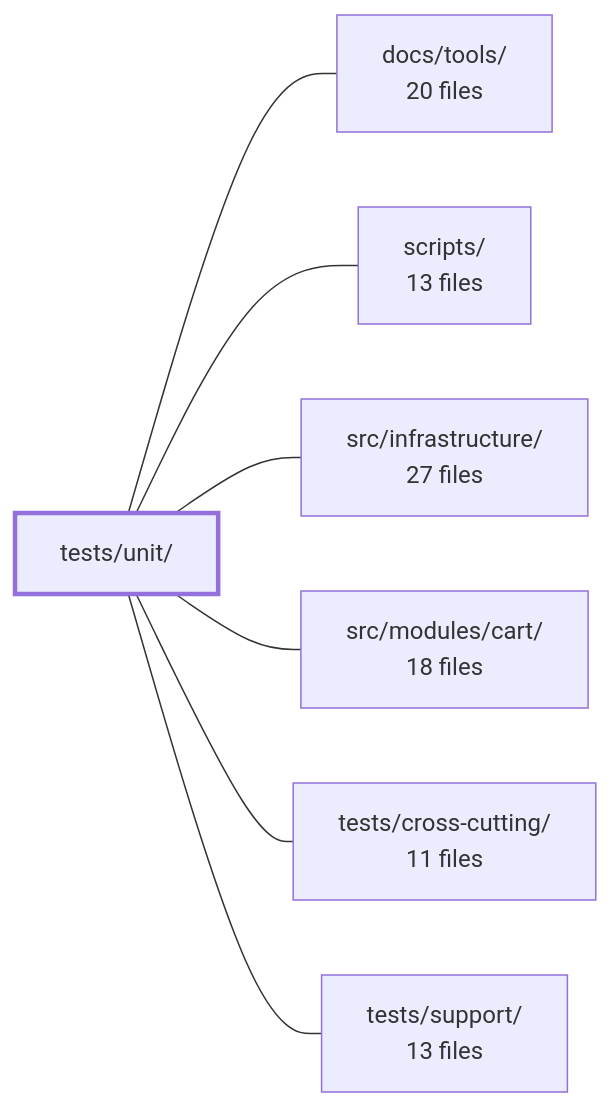
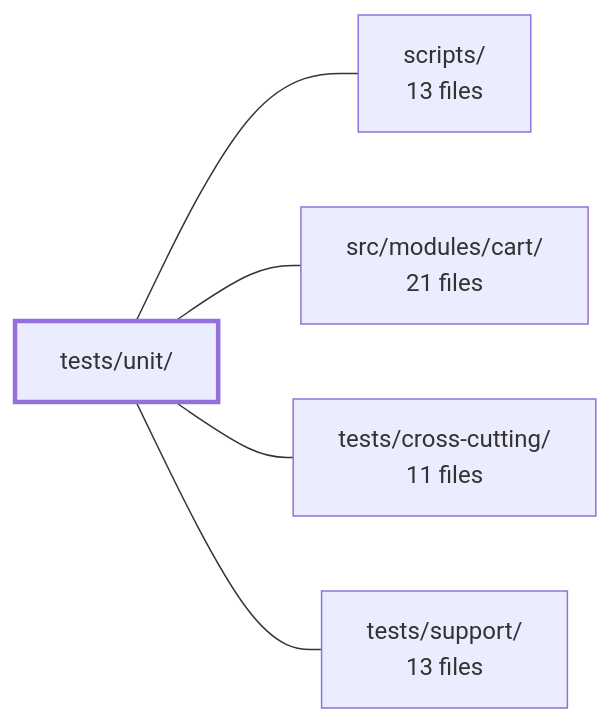
The diagram in .2repo/modules/boilerplate-vue-frontend_tests_unit.md (Guebbit/boilerplate-vue-frontend), drawn with Mermaid before and after one commit. The commit also changed other lines of this file and 335 other files, not shown here.

````diff
--- a/.2repo/modules/boilerplate-vue-frontend_tests_unit.md
+++ b/.2repo/modules/boilerplate-vue-frontend_tests_unit.md
@@ -43,17 +41,13 @@
 ```mermaid
 flowchart LR
     m_tests_unit["tests/unit/"]
-    m_docs_tools["docs/tools/<br/>20 files"]
     m_scripts["scripts/<br/>13 files"]
-    m_src_infrastructure["src/infrastructure/<br/>27 files"]
-    m_src_modules_cart["src/modules/cart/<br/>18 files"]
+    m_src_modules_cart["src/modules/cart/<br/>21 files"]
     m_tests_cross_cutting["tests/cross-cutting/<br/>11 files"]
     m_tests_support["tests/support/<br/>13 files"]
-    m_tests_unit --- m_docs_tools
     m_tests_unit --- m_scripts
-    m_tests_unit --- m_src_infrastructure
     m_tests_unit --- m_src_modules_cart
     m_tests_unit --- m_tests_cross_cutting
     m_tests_unit --- m_tests_support
     style m_tests_unit stroke-width:3px
 ```
````
